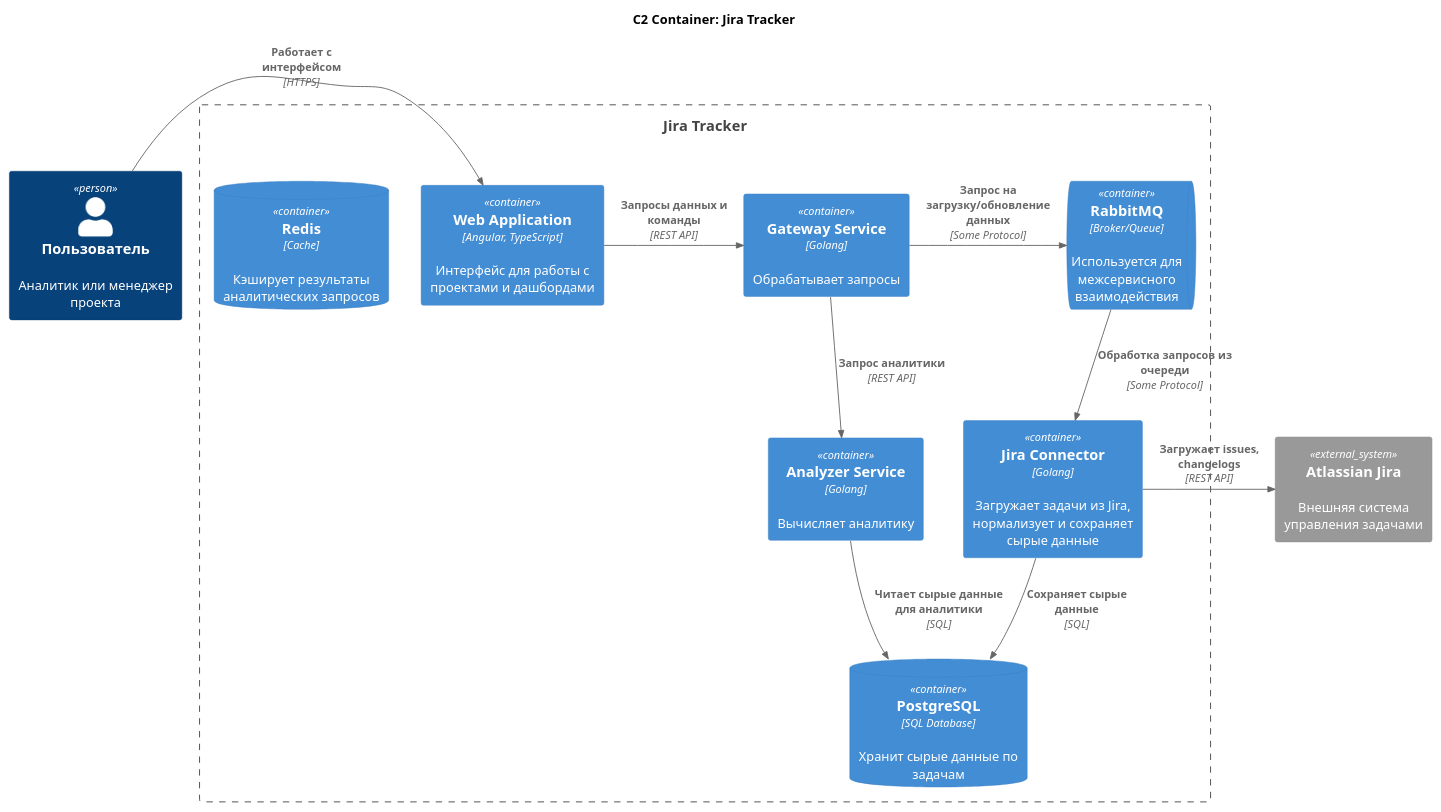
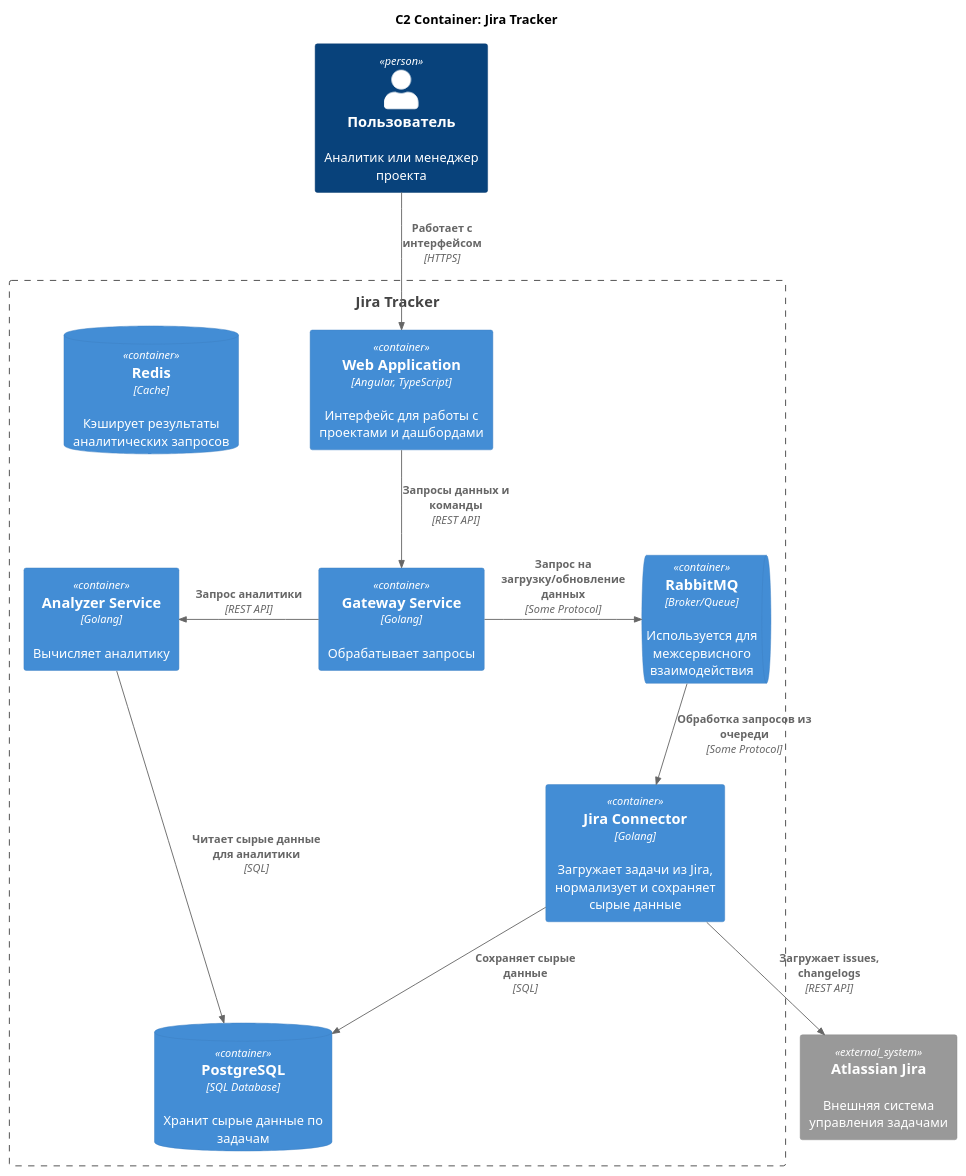
Before and after one commit to Go-Yadro-Group-1/docs: the diagram in German/C2/scheme.puml, drawn with PlantUML. The commit also changed 1 other file, not shown here.

Commit message:
polysh diagram layout

```diff
--- a/German/C2/scheme.puml
+++ b/German/C2/scheme.puml
@@ -1,38 +1,38 @@
 @startuml
 !include https://raw.githubusercontent.com/plantuml-stdlib/C4-PlantUML/master/C4_Container.puml
 
 title C2 Container: Jira Tracker
 
 Person(user, "Пользователь", "Аналитик или менеджер проекта")
 
 Boundary(tracker, "Jira Tracker") {
     Container(webapp, "Web Application", "Angular, TypeScript", "Интерфейс для работы с проектами и дашбордами")
 
     Container(gateway, "Gateway Service", "Golang", "Обрабатывает запросы")
 
     Container(analytic, "Analyzer Service", "Golang", "Вычисляет аналитику")
 
     Container(connector, "Jira Connector", "Golang", "Загружает задачи из Jira, нормализует и сохраняет сырые данные")
 
     ContainerDb(postgres, "PostgreSQL", "SQL Database", "Хранит сырые данные по задачам")
 
     ContainerDb(mongo, "Redis", "Cache", "Кэширует результаты аналитических запросов")
 
     ContainerQueue(queue, "RabbitMQ", "Broker/Queue", "Используется для межсервисного взаимодействия")
 }
 
 System_Ext(jira, "Atlassian Jira", "Внешняя система управления задачами")
 
-Rel_R(user, webapp, "Работает с интерфейсом", "HTTPS")
-Rel_R(webapp, gateway, "Запросы данных и команды", "REST API")
+Rel_D(user, webapp, "Работает с интерфейсом", "HTTPS")
+Rel_D(webapp, gateway, "Запросы данных и команды", "REST API")
 
-Rel_D(gateway, analytic, "Запрос аналитики", "REST API")
+Rel_L(gateway, analytic, "Запрос аналитики", "REST API")
 Rel_R(gateway, queue, "Запрос на загрузку/обновление данных", "Some Protocol")
 Rel_D(queue, connector, "Обработка запросов из очереди", "Some Protocol")
 
 Rel(analytic, postgres, "Читает сырые данные для аналитики", "SQL")
 
-Rel_R(connector, jira, "Загружает issues, changelogs", "REST API")
+Rel_D(connector, jira, "Загружает issues, changelogs", "REST API")
 Rel(connector, postgres, "Сохраняет сырые данные", "SQL")
 
 @enduml
```
